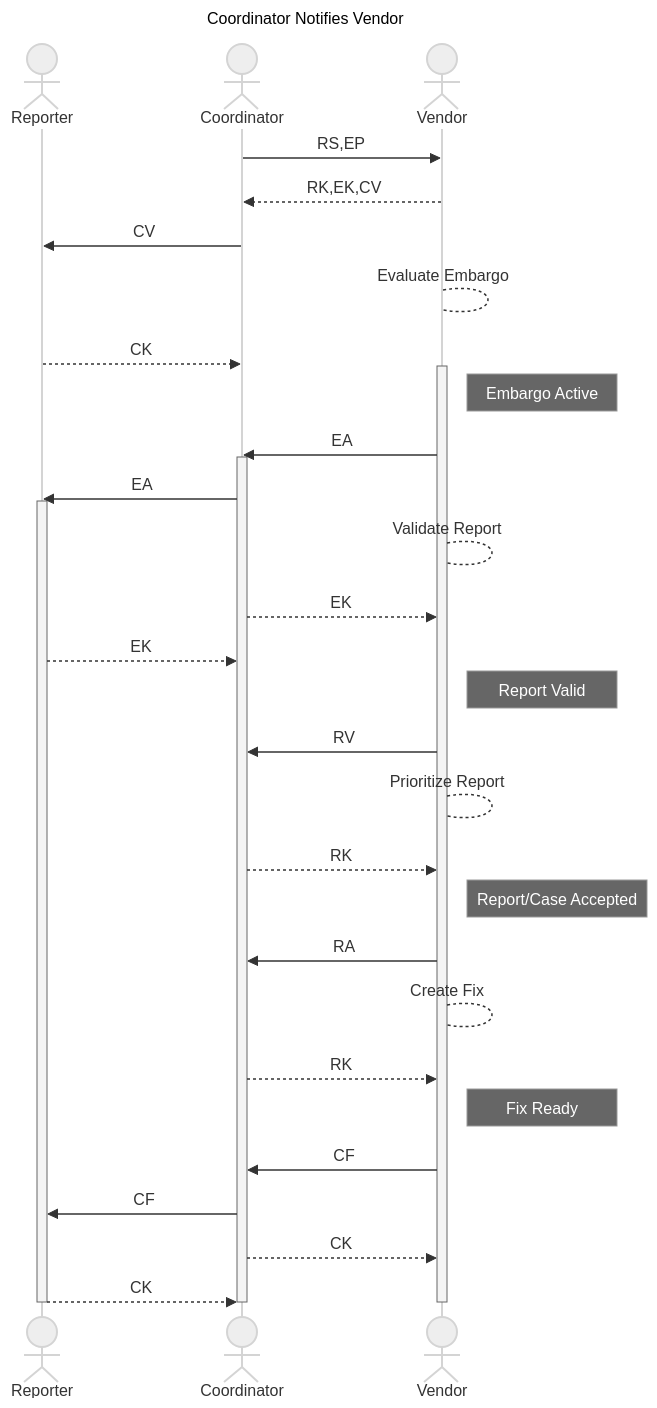
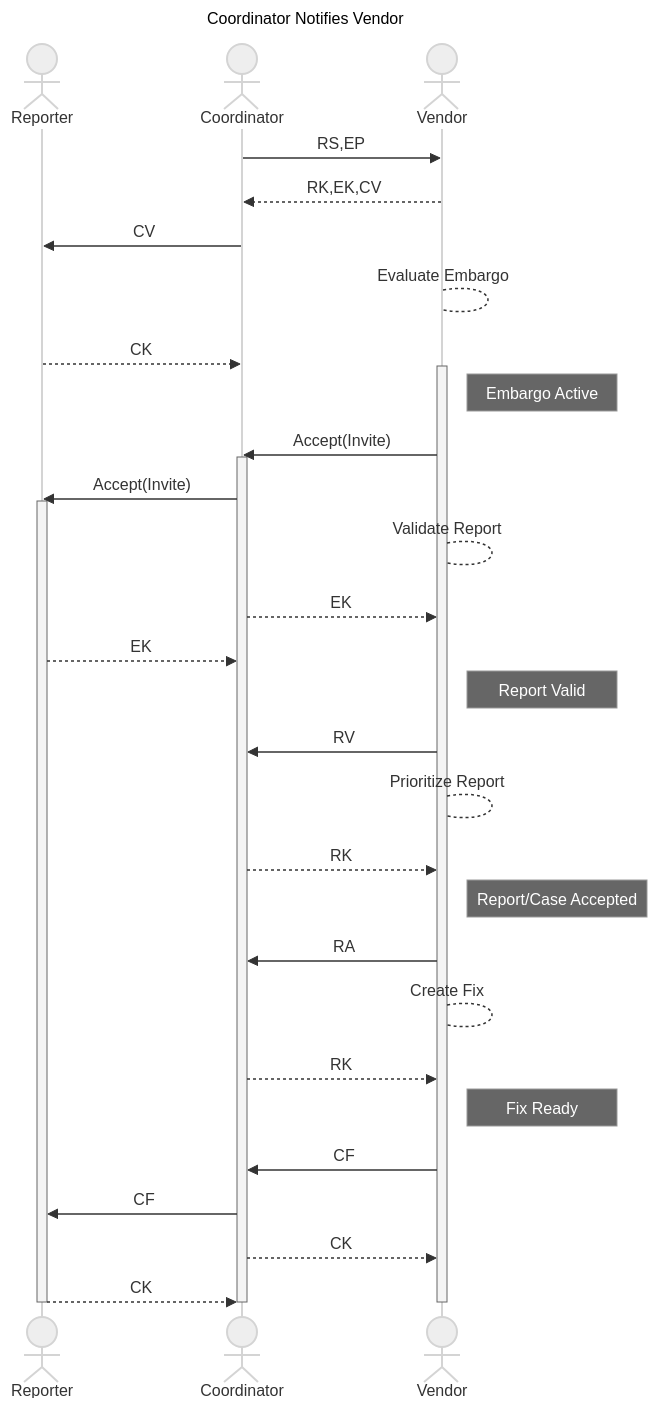
Before and after one commit to CERTCC/Vultron: the tenth of 13 diagrams in docs/tutorials/worked_example.md, drawn with Mermaid (neutral theme). The commit also changed other lines of this file and 78 other files, not shown here.

````diff
--- a/docs/tutorials/worked_example.md
+++ b/docs/tutorials/worked_example.md
@@ -285,44 +286,44 @@
 ```mermaid
 ---
 title: Coordinator Notifies Vendor
 ---
 sequenceDiagram
     actor Reporter
     actor Coordinator
     actor Vendor
 
     Coordinator ->> Vendor: RS,EP
     Vendor -->> Coordinator: RK,EK,CV
     Coordinator ->> Reporter: CV
     Vendor --> Vendor: Evaluate Embargo
     Reporter -->> Coordinator: CK
     activate Vendor
     note right of Vendor: Embargo Active
-    Vendor ->> Coordinator: EA
+    Vendor ->> Coordinator: Accept(Invite)
     activate Coordinator
-    Coordinator ->> Reporter: EA
+    Coordinator ->> Reporter: Accept(Invite)
     activate Reporter
     Vendor --> Vendor: Validate Report
     Coordinator -->> Vendor: EK
     Reporter -->> Coordinator: EK
    
     note right of Vendor: Report Valid
     Vendor ->> Coordinator: RV
     Vendor --> Vendor: Prioritize Report
     Coordinator -->> Vendor: RK
 
     note right of Vendor: Report/Case Accepted
     Vendor ->> Coordinator: RA
     Vendor --> Vendor: Create Fix
     Coordinator -->> Vendor: RK
 
     note right of Vendor: Fix Ready
     Vendor ->> Coordinator: CF
     Coordinator ->> Reporter: CF
     
     Coordinator -->> Vendor: CK
     Reporter -->> Coordinator: CK
     deactivate Vendor
     deactivate Coordinator
     deactivate Reporter
 ```
````
